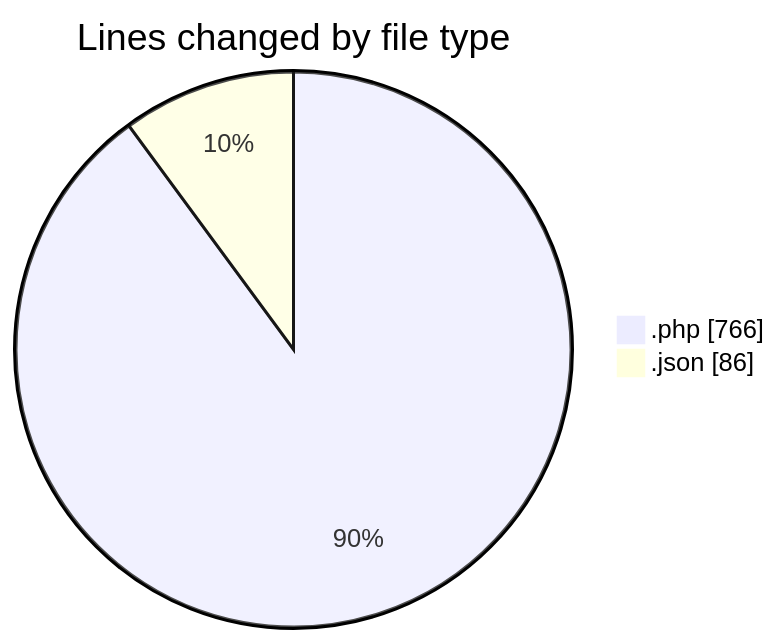
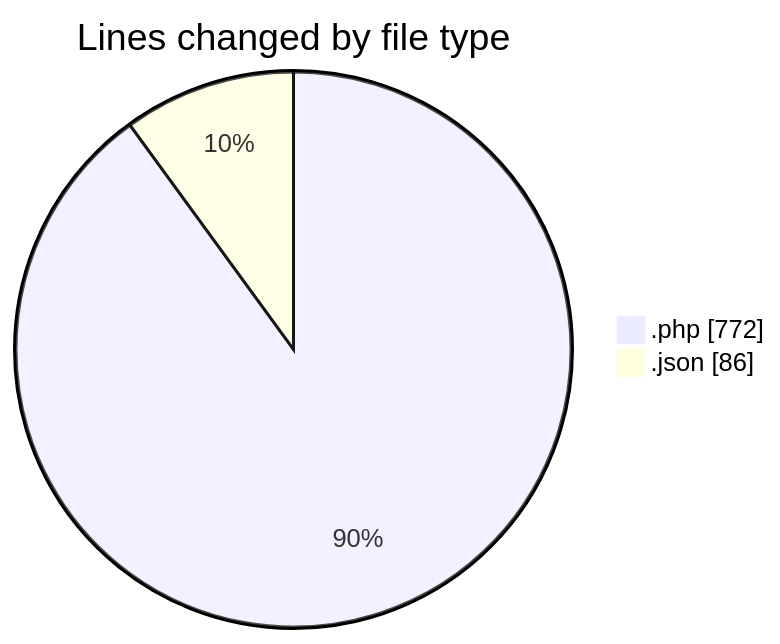
Before and after one commit to vahidmafi/code-tracking: the first of 2 diagrams in 2025-04-11/zeytoon/README.md, drawn with Mermaid. The commit also changed other lines of this file and 1 other file, not shown here.

````diff
--- a/2025-04-11/zeytoon/README.md
+++ b/2025-04-11/zeytoon/README.md
@@ -24,6 +24,6 @@
 ```mermaid
 pie showData
 title Lines changed by file type
-".php" : 766
+".php" : 772
 ".json" : 86
 ```
````
